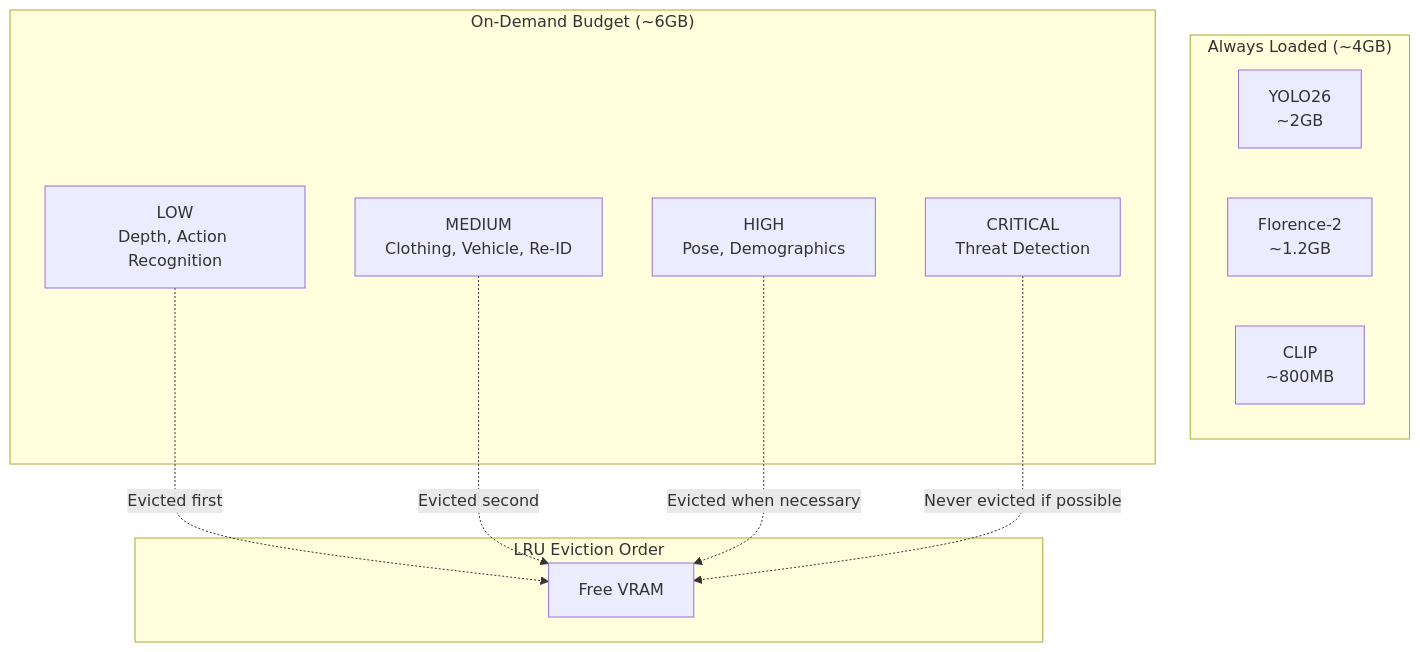
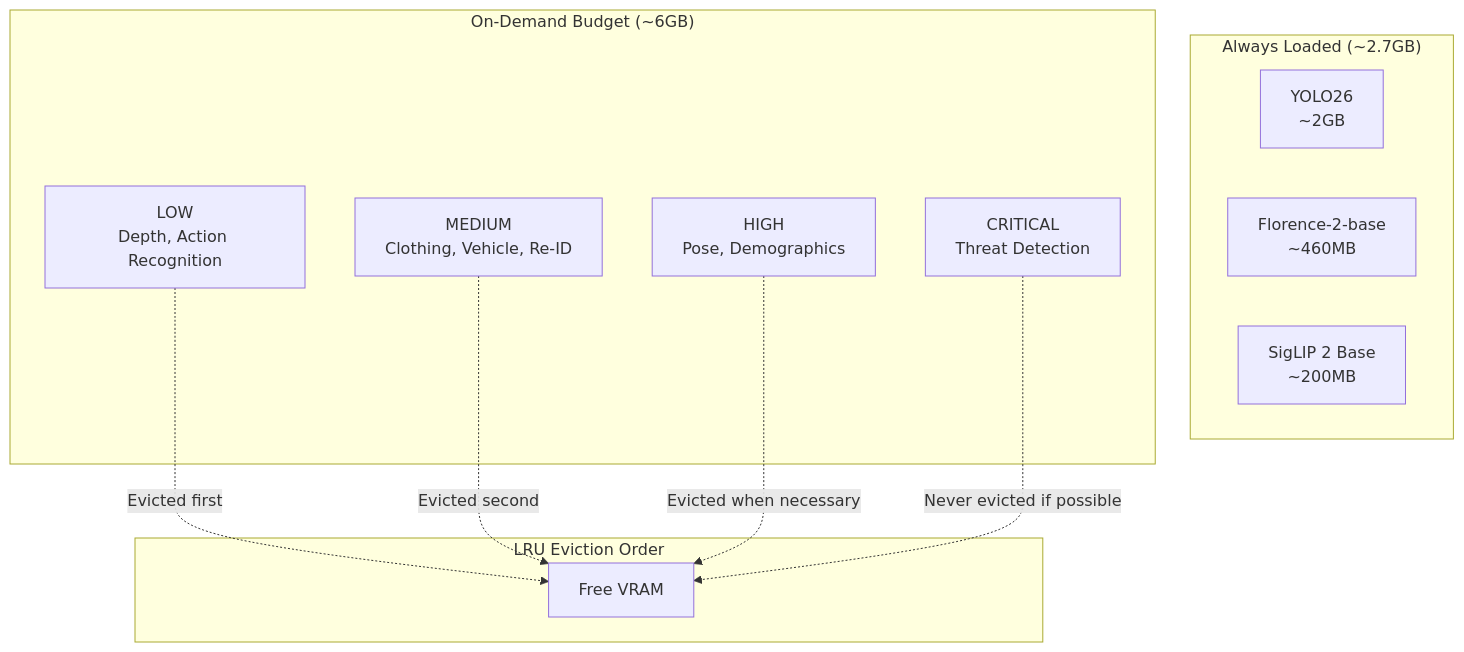
Before and after one commit to mikesvoboda/nemotron-v3-home-security-intelligence: the fourth of 4 diagrams in docs/ai/model-zoo.md, drawn with Mermaid. The commit also changed other lines of this file and 313 other files, not shown here.

````diff
--- a/docs/ai/model-zoo.md
+++ b/docs/ai/model-zoo.md
@@ -563,20 +701,20 @@
 ```mermaid
 flowchart TB
-    subgraph Always["Always Loaded (~4GB)"]
+    subgraph Always["Always Loaded (~2.7GB)"]
         Y["YOLO26<br/>~2GB"]
-        F["Florence-2<br/>~1.2GB"]
-        C["CLIP<br/>~800MB"]
+        F["Florence-2-base<br/>~460MB"]
+        C["SigLIP 2 Base<br/>~200MB"]
     end
     subgraph Budget["On-Demand Budget (~6GB)"]
         CRIT["CRITICAL<br/>Threat Detection"]
         HIGH["HIGH<br/>Pose, Demographics"]
         MED["MEDIUM<br/>Clothing, Vehicle, Re-ID"]
         LOW["LOW<br/>Depth, Action Recognition"]
     end
     subgraph Eviction["LRU Eviction Order"]
         LOW -.->|Evicted first| FREE[Free VRAM]
         MED -.->|Evicted second| FREE
         HIGH -.->|Evicted when necessary| FREE
         CRIT -.->|Never evicted if possible| FREE
     end
 ```
````
